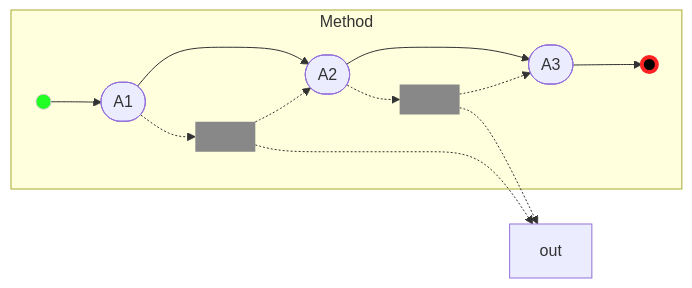
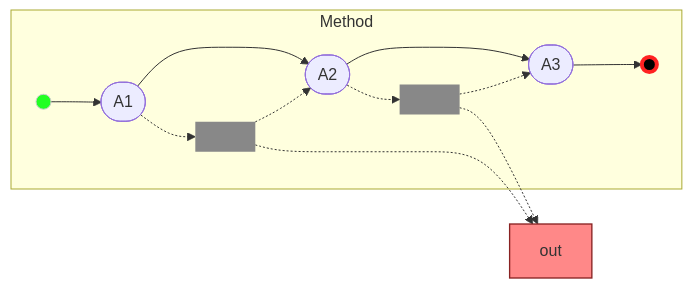
Before and after one commit to joseproenca/homepage-academic: the eighth of 15 diagrams in content/other/vvml-questions/index.md, drawn with Mermaid. The commit also changed other lines of this file, not shown here.

````diff
--- a/content/other/vvml-questions/index.md
+++ b/content/other/vvml-questions/index.md
@@ -221,19 +258,20 @@
 ```mermaid
 graph LR
   subgraph Method
     W1([A1]); W2([A2]);  W3([A3]); 
     T1[ ]:::tr; T2[ ]:::tr;
     Init(( )):::in --> W1
     W1 -.->T1
     T1 -.-> W2
     W2 -.->T2
     T2 -.-> W3
     W1 --> W2; W2 --> W3;
     W3 --> Stop(( )):::st
   end
-  T1 & T2 -.-> out
+  T1 & T2 -.-> out:::it
 classDef in fill:#2f2,stroke:#ccc;
 classDef st fill:#000,stroke:#f22,stroke-width:4px;
 classDef tr fill:#888,stroke-width:0pt;
 classDef gw fill:#8f8,stroke-width:1pt,stroke:#000;
+classDef it fill:#f88,stroke-width:1pt,stroke:#822;
 ```
````
